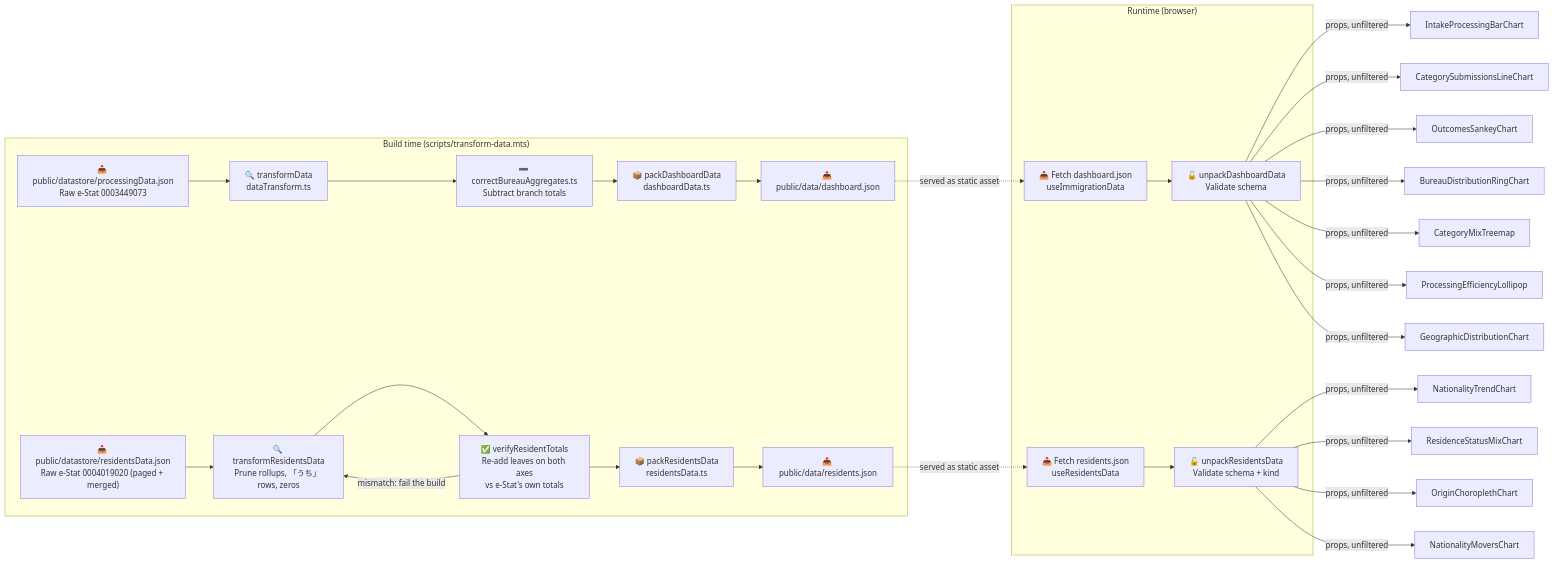
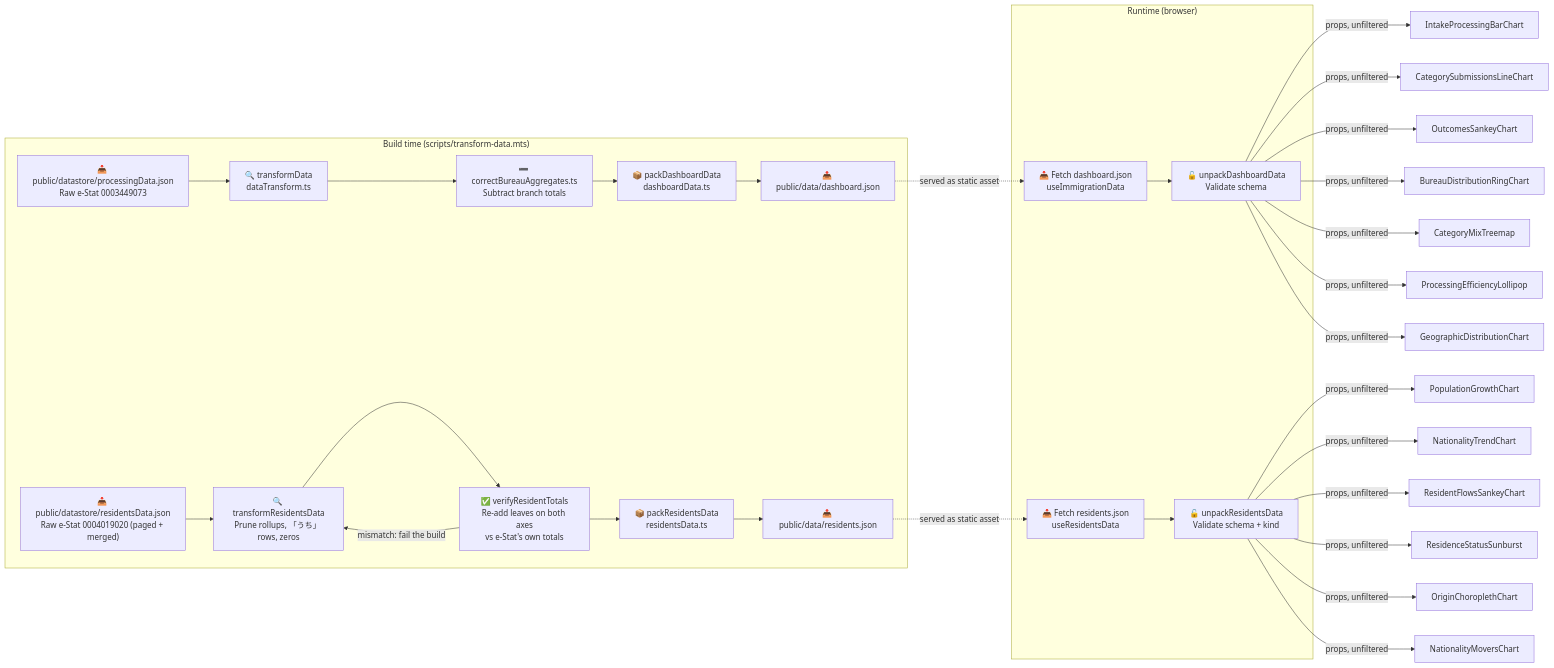
One commit to RetroHazard/JP_Immigration_Dashboard changed the ninth of 17 diagrams in ARCHITECTURE.md. Above: the diagram before and after it, drawn with Mermaid. The commit also changed other lines of this file and 5 other files, not shown here.

First line of the commit message:
Revise docs and bump to v1.4.0 for the merged growth/flows/status charts

````diff
--- a/ARCHITECTURE.md
+++ b/ARCHITECTURE.md
@@ -369,53 +445,55 @@
 ```mermaid
 graph LR
     subgraph "Build time (scripts/transform-data.mts)"
         RAW["📥 public/datastore/processingData.json<br/>Raw e-Stat 0003449073"]
         FLATTEN["🔍 transformData<br/>dataTransform.ts"]
         CORRECT["➖ correctBureauAggregates.ts<br/>Subtract branch totals"]
         PACK["📦 packDashboardData<br/>dashboardData.ts"]
         OUT["📤 public/data/dashboard.json"]
 
         RAW --> FLATTEN
         FLATTEN --> CORRECT
         CORRECT --> PACK
         PACK --> OUT
 
         RRAW["📥 public/datastore/residentsData.json<br/>Raw e-Stat 0004019020 (paged + merged)"]
         RFLAT["🔍 transformResidentsData<br/>Prune rollups, 「うち」 rows, zeros"]
         RVERIFY["✅ verifyResidentTotals<br/>Re-add leaves on both axes<br/>vs e-Stat's own totals"]
         RPACK["📦 packResidentsData<br/>residentsData.ts"]
         ROUT["📤 public/data/residents.json"]
 
         RRAW --> RFLAT
         RFLAT --> RVERIFY
         RVERIFY -->|mismatch: fail the build| RFLAT
         RVERIFY --> RPACK
         RPACK --> ROUT
     end
 
     subgraph "Runtime (browser)"
         FETCH["📥 Fetch dashboard.json<br/>useImmigrationData"]
         UNPACK["🔓 unpackDashboardData<br/>Validate schema"]
         RFETCH["📥 Fetch residents.json<br/>useResidentsData"]
         RUNPACK["🔓 unpackResidentsData<br/>Validate schema + kind"]
 
         FETCH --> UNPACK
         RFETCH --> RUNPACK
     end
 
     OUT -.->|served as static asset| FETCH
     ROUT -.->|served as static asset| RFETCH
 
     UNPACK -->|props, unfiltered| INTAKE["IntakeProcessingBarChart"]
     UNPACK -->|props, unfiltered| TYPES["CategorySubmissionsLineChart"]
     UNPACK -->|props, unfiltered| OUTCOMES["OutcomesSankeyChart"]
     UNPACK -->|props, unfiltered| SHARE["BureauDistributionRingChart"]
     UNPACK -->|props, unfiltered| MIX["CategoryMixTreemap"]
     UNPACK -->|props, unfiltered| EFFICIENCY["ProcessingEfficiencyLollipop"]
     UNPACK -->|props, unfiltered| MAP["GeographicDistributionChart"]
 
+    RUNPACK -->|props, unfiltered| GROWTH["PopulationGrowthChart"]
     RUNPACK -->|props, unfiltered| ORIGINS["NationalityTrendChart"]
-    RUNPACK -->|props, unfiltered| STATUSES["ResidenceStatusMixChart"]
+    RUNPACK -->|props, unfiltered| FLOWS["ResidentFlowsSankeyChart"]
+    RUNPACK -->|props, unfiltered| STATUSES["ResidenceStatusSunburst"]
     RUNPACK -->|props, unfiltered| WORLD["OriginChoroplethChart"]
     RUNPACK -->|props, unfiltered| MOVERS["NationalityMoversChart"]
 ```
````
